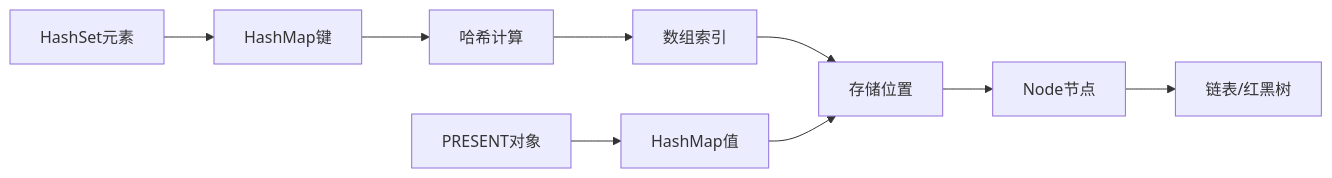
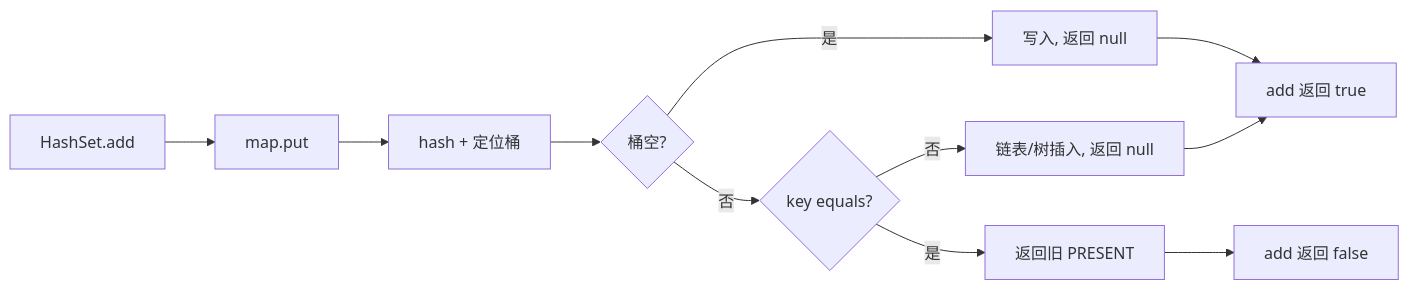
Before and after one commit to chongyang211/YCBookBlog: the first of 2 diagrams in 00.通用技术的提升/08.数据结构算法/15.工业级Set设计思想.md, drawn with Mermaid. The commit also changed other lines of this file and 194 other files, not shown here.

````diff
--- a/00.通用技术的提升/08.数据结构算法/15.工业级Set设计思想.md
+++ b/00.通用技术的提升/08.数据结构算法/15.工业级Set设计思想.md
@@ -444,13 +105,13 @@
 ```mermaid
 graph LR
-    A[HashSet元素] --> B[HashMap键]
-    B --> C[哈希计算]
-    C --> D[数组索引]
-    D --> E[存储位置]
-    
-    F[PRESENT对象] --> G[HashMap值]
-    G --> E
-    
-    E --> H[Node节点]
-    H --> I[链表/红黑树]
+    A[HashSet.add] --> B[map.put]
+    B --> C[hash + 定位桶]
+    C --> D{桶空?}
+    D -->|是| E[写入, 返回 null]
+    D -->|否| F{key equals?}
+    F -->|是| G[返回旧 PRESENT]
+    F -->|否| H[链表/树插入, 返回 null]
+    E --> I[add 返回 true]
+    G --> J[add 返回 false]
+    H --> I
 ```
````
